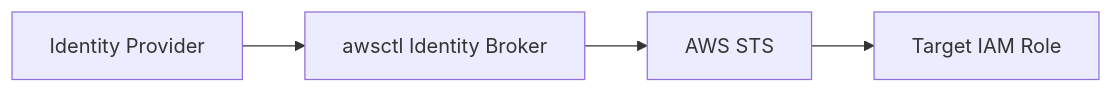
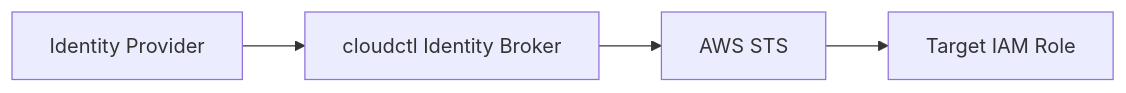
The second of 2 diagrams in docs/wiki/identity-broker-pattern.md (hoad-org/cloudctl), drawn with Mermaid before and after one commit. The commit also changed other lines of this file and 198 other files, not shown here.

````diff
--- a/docs/wiki/identity-broker-pattern.md
+++ b/docs/wiki/identity-broker-pattern.md
@@ -92,11 +92,11 @@
 ```mermaid
 graph LR
     IdP[Identity Provider]
-    Broker[awsctl Identity Broker]
+    Broker[cloudctl Identity Broker]
     STS[AWS STS]
     Role[Target IAM Role]
 
     IdP --> Broker
     Broker --> STS
     STS --> Role
 ```
````
